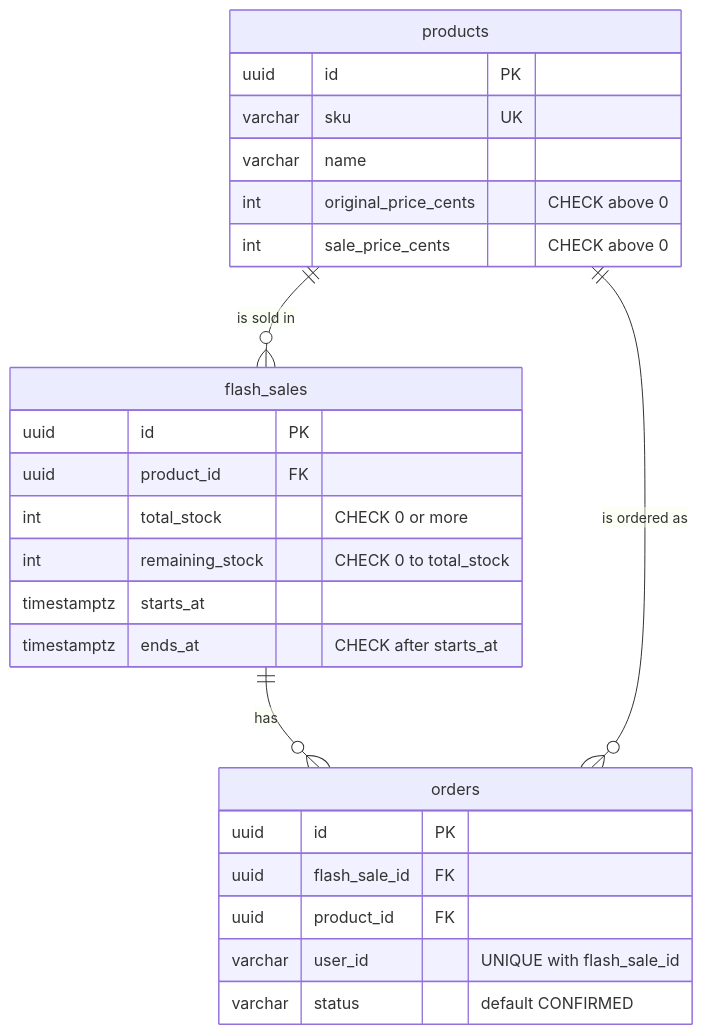
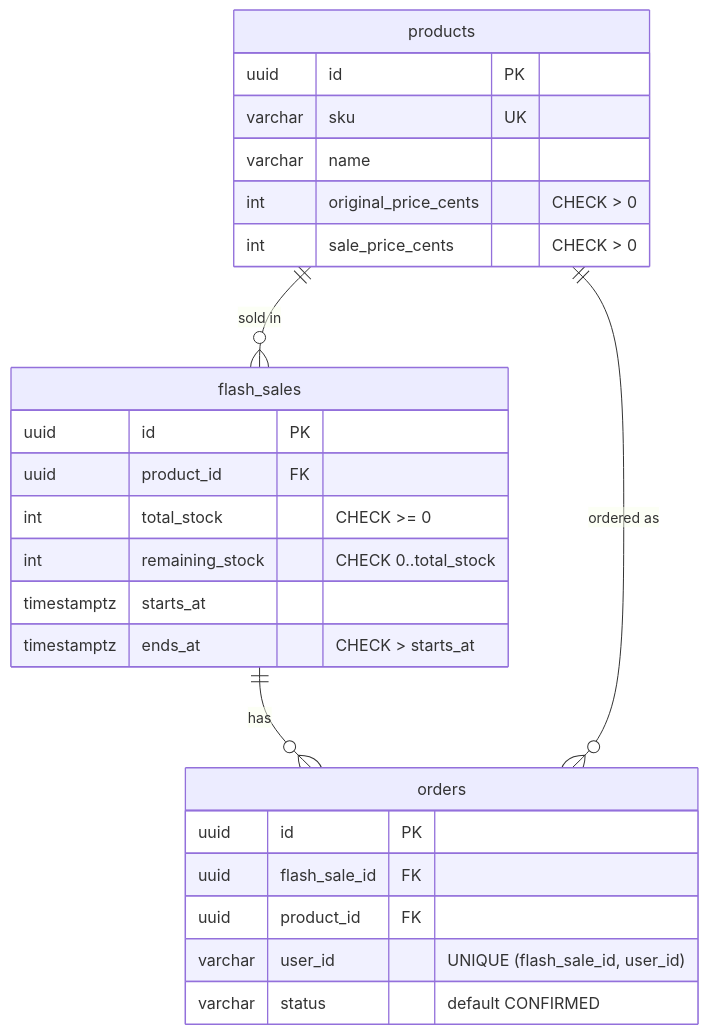
One commit to minhhieple97/flash-sale-system changed the second of 6 diagrams in docs/architecture.md. Above: the diagram before and after it, drawn with Mermaid. The commit also changed other lines of this file and 155 other files, not shown here.

````diff
--- a/docs/architecture.md
+++ b/docs/architecture.md
@@ -95,28 +86,28 @@
 ```mermaid
 erDiagram
-    products ||--o{ flash_sales : "is sold in"
+    products ||--o{ flash_sales : "sold in"
     flash_sales ||--o{ orders : "has"
-    products ||--o{ orders : "is ordered as"
+    products ||--o{ orders : "ordered as"
     products {
         uuid id PK
         varchar sku UK
         varchar name
-        int original_price_cents "CHECK above 0"
-        int sale_price_cents "CHECK above 0"
+        int original_price_cents "CHECK > 0"
+        int sale_price_cents "CHECK > 0"
     }
     flash_sales {
         uuid id PK
         uuid product_id FK
-        int total_stock "CHECK 0 or more"
-        int remaining_stock "CHECK 0 to total_stock"
+        int total_stock "CHECK >= 0"
+        int remaining_stock "CHECK 0..total_stock"
         timestamptz starts_at
-        timestamptz ends_at "CHECK after starts_at"
+        timestamptz ends_at "CHECK > starts_at"
     }
     orders {
         uuid id PK
         uuid flash_sale_id FK
         uuid product_id FK
-        varchar user_id "UNIQUE with flash_sale_id"
+        varchar user_id "UNIQUE (flash_sale_id, user_id)"
         varchar status "default CONFIRMED"
     }
 ```
````
